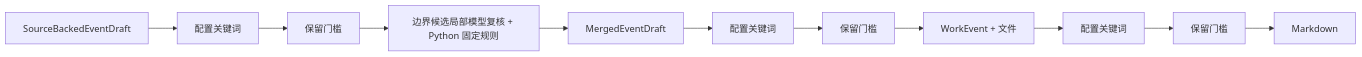
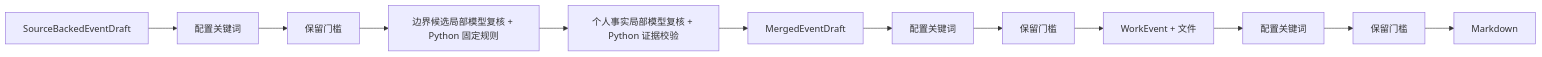
Before and after one commit to sunweisheng/WorkTrace: the third of 4 diagrams in docs/detailed-design.md, drawn with Mermaid. The commit also changed other lines of this file and 29 other files, not shown here.

````diff
--- a/docs/detailed-design.md
+++ b/docs/detailed-design.md
@@ -271,8 +294,9 @@
 ```mermaid
 flowchart LR
     A["SourceBackedEventDraft"] --> F1["配置关键词"] --> R1["保留门槛"]
     R1 --> V["边界候选局部模型复核 + Python 固定规则"]
-    V --> B["MergedEventDraft"] --> F2["配置关键词"] --> R2["保留门槛"]
+    V --> Q["个人事实局部模型复核 + Python 证据校验"]
+    Q --> B["MergedEventDraft"] --> F2["配置关键词"] --> R2["保留门槛"]
     R2 --> C["WorkEvent + 文件"] --> F3["配置关键词"] --> R3["保留门槛"]
     R3 --> D["Markdown"]
 ```
````
